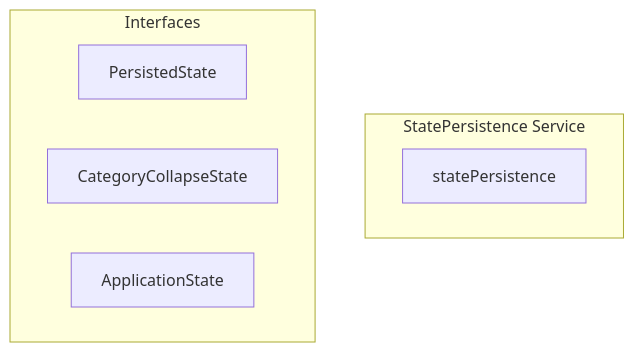
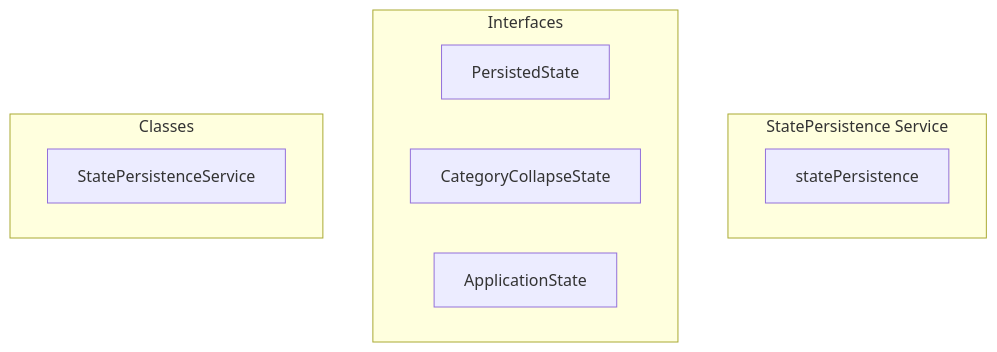
Before and after one commit to y4my4my4m/harmony: the diagram in docs/api/services/statepersistence.md, drawn with Mermaid. The commit also changed other lines of this file and 350 other files, not shown here.

````diff
--- a/docs/api/services/statepersistence.md
+++ b/docs/api/services/statepersistence.md
@@ -7,14 +7,16 @@
 ```mermaid
 graph TB
     subgraph "StatePersistence Service"
         STATEPERSISTENCE[statePersistence]
     end
     
+    subgraph "Interfaces"
+        INT_PERSISTEDSTATE[PersistedState]
+        INT_CATEGORYCOLLAPSESTATE[CategoryCollapseState]
+        INT_APPLICATIONSTATE[ApplicationState]
+    end
     
-    
-    subgraph "Interfaces"
-        PERSISTEDSTATE[PersistedState]
-        CATEGORYCOLLAPSESTATE[CategoryCollapseState]
-        APPLICATIONSTATE[ApplicationState]
+    subgraph "Classes"
+        CLS_STATEPERSISTENCESERVICE[StatePersistenceService]
     end
 ```
````
